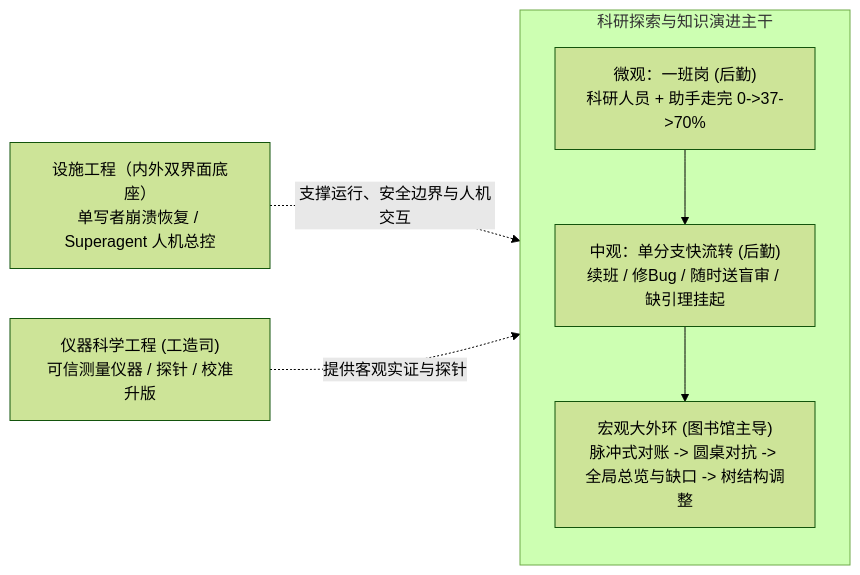
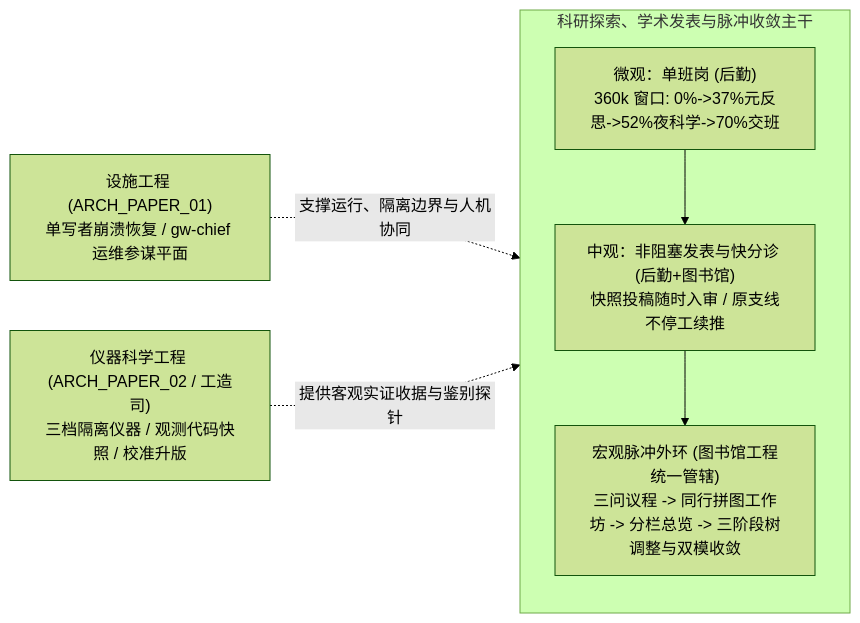
Before and after one commit to Qingzhu093/greatwall-agent: the diagram in docs/agent_kb_v0_3/agent_kb_v0_3_00_INDEX_总导航_三层职责分离与里程碑路线.md, drawn with Mermaid (forest theme). The commit also changed other lines of this file and 110 other files, not shown here.

````diff
--- a/docs/agent_kb_v0_3/agent_kb_v0_3_00_INDEX_总导航_三层职责分离与里程碑路线.md
+++ b/docs/agent_kb_v0_3/agent_kb_v0_3_00_INDEX_总导航_三层职责分离与里程碑路线.md
@@ -21,9 +21,9 @@
 ```mermaid
 flowchart LR
-    E1["设施工程（内外双界面底座）\n单写者崩溃恢复 / Superagent 人机总控"] -.->|"支撑运行、安全边界与人机交互"| CORE
-    E2["仪器科学工程 (工造司)\n可信测量仪器 / 探针 / 校准升版"] -.->|"提供客观实证与探针"| CORE
-    subgraph CORE["科研探索与知识演进主干"]
-        M1["微观：一班岗 (后勤)\n科研人员 + 助手走完 0->37->70%"] --> M2["中观：单分支快流转 (后勤)\n续班 / 修Bug / 随时送盲审 / 缺引理挂起"]
-        M2 --> M3["宏观大外环 (图书馆主导)\n脉冲式对账 -> 圆桌对抗 -> 全局总览与缺口 -> 树结构调整"]
+    E1["设施工程 (ARCH_PAPER_01)\n单写者崩溃恢复 / gw-chief 运维参谋平面"] -.->|"支撑运行、隔离边界与人机协同"| CORE
+    E2["仪器科学工程 (ARCH_PAPER_02 / 工造司)\n三档隔离仪器 / 观测代码快照 / 校准升版"] -.->|"提供客观实证收据与鉴别探针"| CORE
+    subgraph CORE["科研探索、学术发表与脉冲收敛主干"]
+        M1["微观：单班岗 (后勤)\n360k 窗口: 0%->37%元反思->52%夜科学->70%交班"] --> M2["中观：非阻塞发表与快分诊 (后勤+图书馆)\n快照投稿随时入审 / 原支线不停工续推"]
+        M2 --> M3["宏观脉冲外环 (图书馆工程统一管辖)\n三问议程 -> 同行拼图工作坊 -> 分栏总览 -> 三阶段树调整与双模收敛"]
     end
 ```
````
